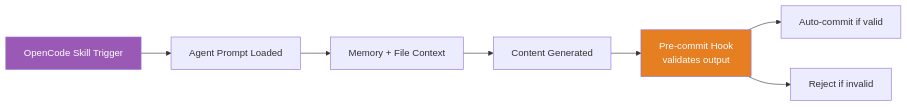
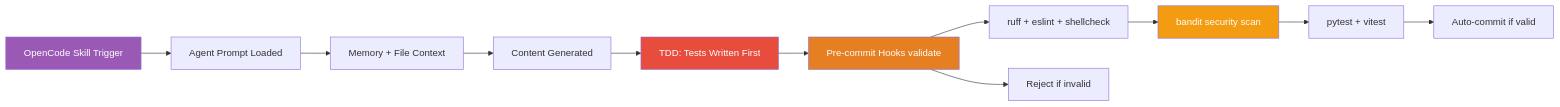
One commit to nuniversity/nuniversity.github.io changed the sixth of 6 diagrams in docs/ai/AGENTS.md. Above: the diagram before and after it, drawn with Mermaid. The commit also changed other lines of this file and 221 other files, not shown here.

````diff
--- a/docs/ai/AGENTS.md
+++ b/docs/ai/AGENTS.md
@@ -298,12 +365,18 @@
 ```mermaid
 flowchart LR
     Trigger[OpenCode Skill Trigger] --> Agent[Agent Prompt Loaded]
     Agent --> Context[Memory + File Context]
     Context --> Generate[Content Generated]
-    Generate --> Hook[Pre-commit Hook<br/>validates output]
-    Hook --> Commit[Auto-commit if valid]
+    Generate --> TDD[TDD: Tests Written First]
+    TDD --> Hook[Pre-commit Hooks validate]
+    Hook --> Lint[ruff + eslint + shellcheck]
+    Lint --> Security[bandit security scan]
+    Security --> Test[pytest + vitest]
+    Test --> Commit[Auto-commit if valid]
     Hook --> Reject[Reject if invalid]
 
     style Trigger fill:#9b59b6,color:#fff
+    style TDD fill:#e74c3c,color:#fff
     style Hook fill:#e67e22,color:#fff
+    style Security fill:#f39c12,color:#fff
 ```
````
